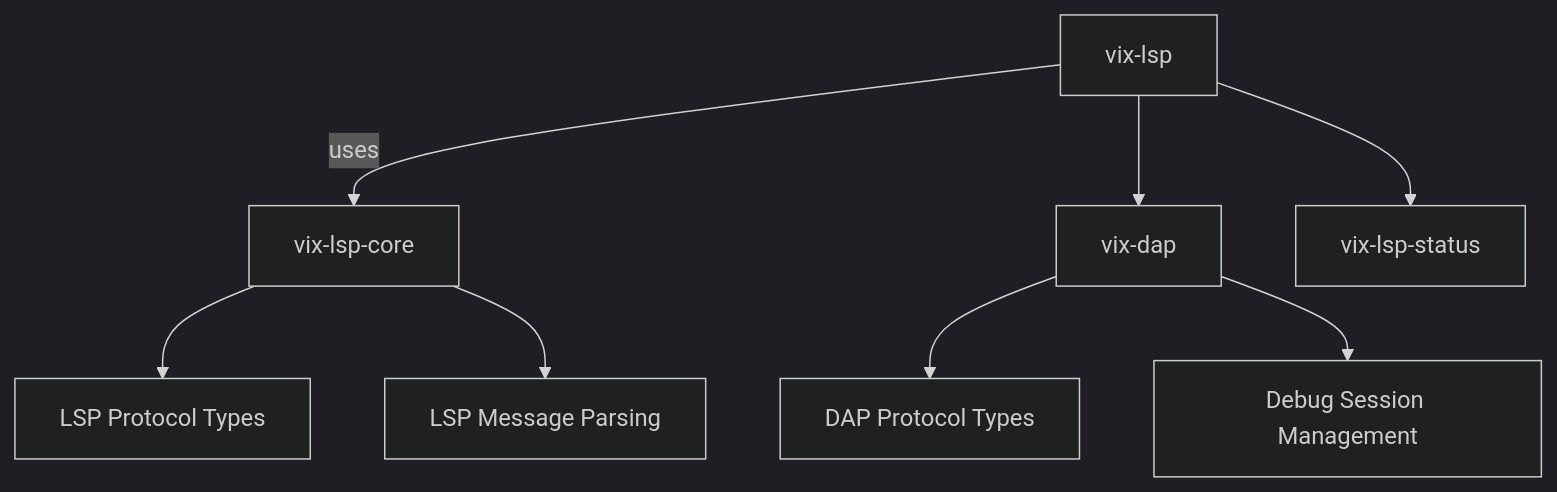
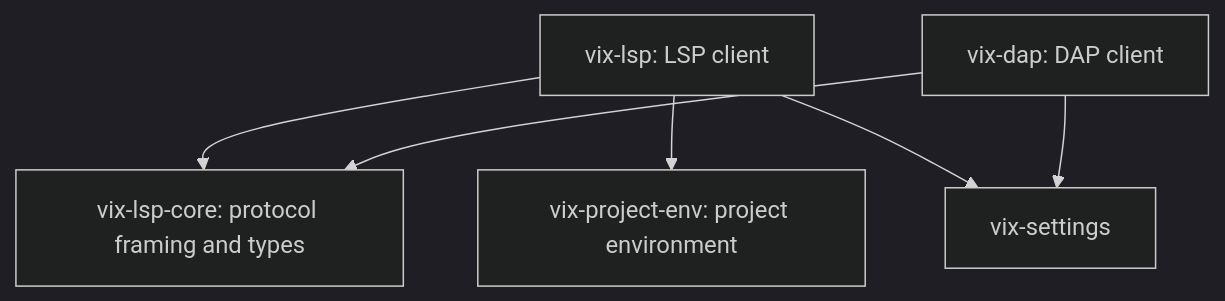
The fourth of 18 diagrams in docs/architecture/index.md (vixide/vix), drawn with Mermaid (dark theme) before and after one commit. The commit also changed other lines of this file and 10 other files, not shown here.

````diff
--- a/docs/architecture/index.md
+++ b/docs/architecture/index.md
@@ -194,10 +276,8 @@
 ```mermaid
 flowchart TD
-    A[vix-lsp] -->|uses| B[vix-lsp-core]
-    A --> C[vix-dap]
-    A --> D[vix-lsp-status]
-    B --> E[LSP Protocol Types]
-    B --> F[LSP Message Parsing]
-    C --> G[DAP Protocol Types]
-    C --> H[Debug Session Management]
+    lsp["vix-lsp: LSP client"] --> lsp_core["vix-lsp-core: protocol framing and types"]
+    dap["vix-dap: DAP client"] --> lsp_core
+    lsp --> project_env["vix-project-env: project environment"]
+    lsp --> settings["vix-settings"]
+    dap --> settings
 ```
````
